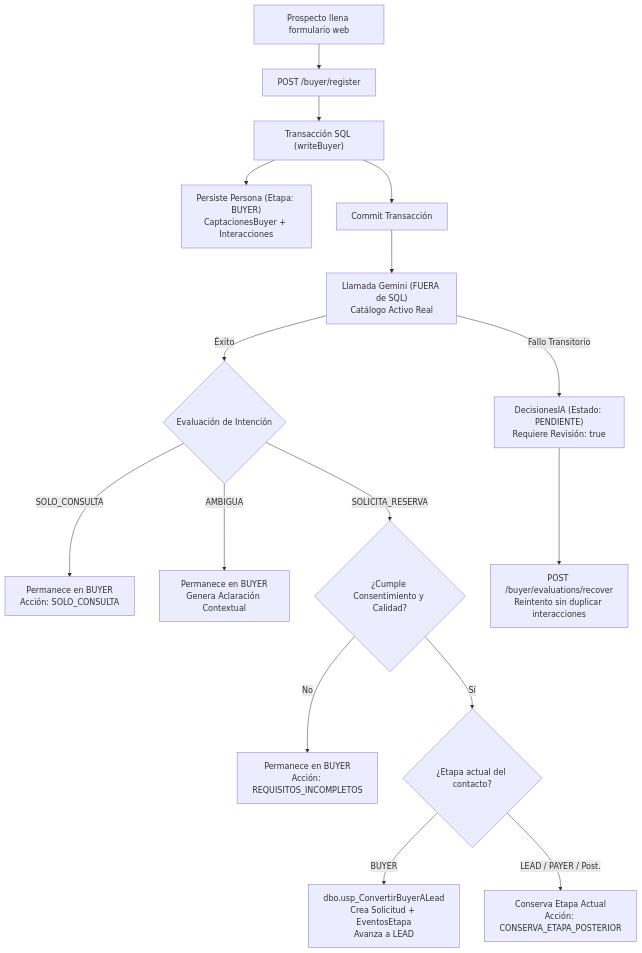
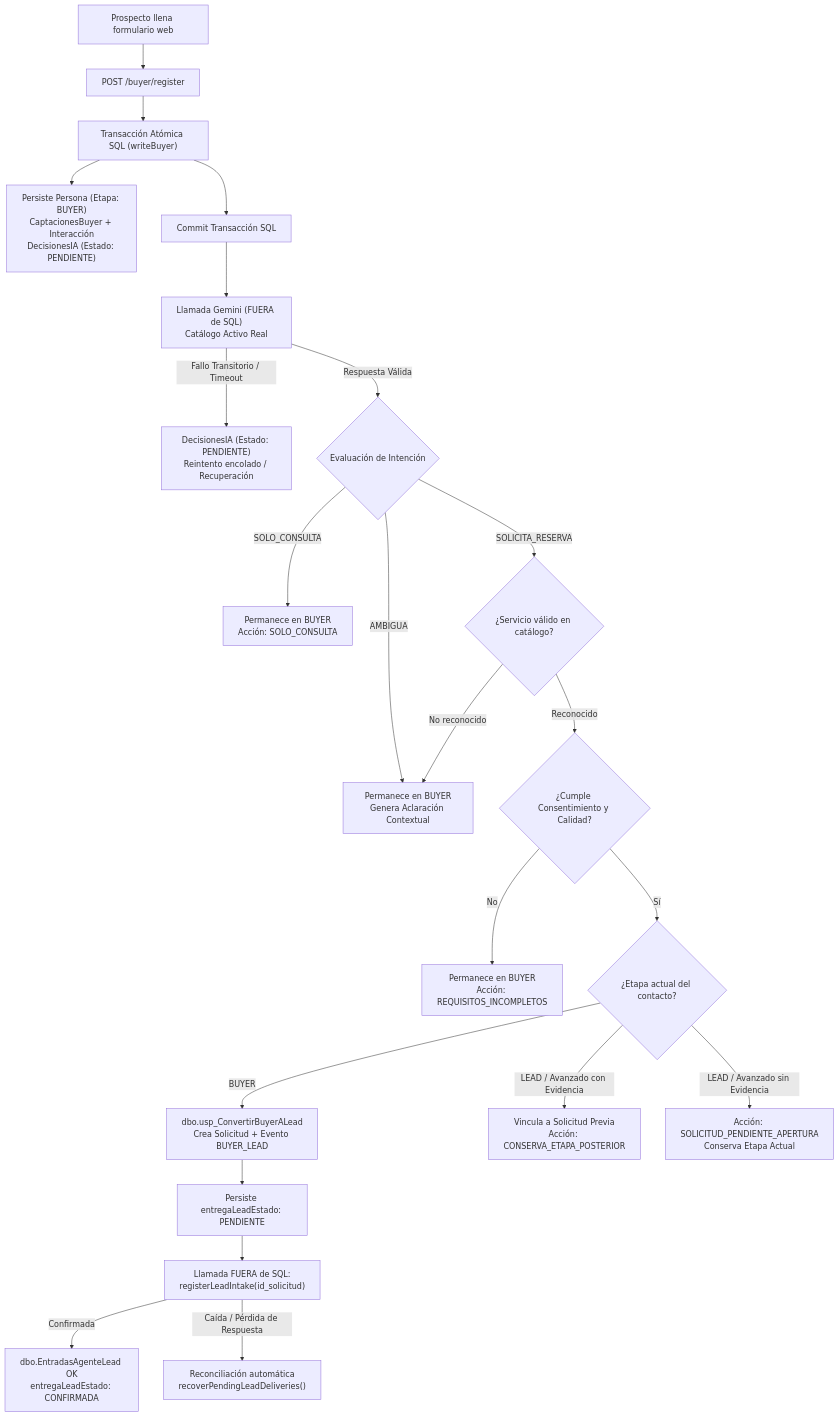
The diagram in docs/agentes/ENTREGA_AGENTE_BUYER.md (tommy260803/Proyecto-IN-Odontolog-a-), drawn with Mermaid before and after one commit. The commit also changed other lines of this file and 13 other files, not shown here.

Commit message:
feat(buyer): adapta integracion con contrato LEAD, desacoplamiento y aclaraciones

````diff
--- a/docs/agentes/ENTREGA_AGENTE_BUYER.md
+++ b/docs/agentes/ENTREGA_AGENTE_BUYER.md
@@ -43,22 +63,29 @@
 ```mermaid
 flowchart TD
     A["Prospecto llena formulario web"] --> B["POST /buyer/register"]
-    B --> C["Transacción SQL (writeBuyer)"]
-    C --> D["Persiste Persona (Etapa: BUYER)<br/>CaptacionesBuyer + Interacciones"]
-    C --> E["Commit Transacción"]
+    B --> C["Transacción Atómica SQL (writeBuyer)"]
+    C --> D["Persiste Persona (Etapa: BUYER)<br/>CaptacionesBuyer + Interacción<br/>DecisionesIA (Estado: PENDIENTE)"]
+    C --> E["Commit Transacción SQL"]
     E --> F["Llamada Gemini (FUERA de SQL)<br/>Catálogo Activo Real"]
-    F -->|Éxito| G{"Evaluación de Intención"}
-    F -->|Fallo Transitorio| H["DecisionesIA (Estado: PENDIENTE)<br/>Requiere Revisión: true"]
+    F -->|Fallo Transitorio / Timeout| G["DecisionesIA (Estado: PENDIENTE)<br/>Reintento encolado / Recuperación"]
+    F -->|Respuesta Válida| H{"Evaluación de Intención"}
     
-    G -->|SOLO_CONSULTA| I["Permanece en BUYER<br/>Acción: SOLO_CONSULTA"]
-    G -->|AMBIGUA| J["Permanece en BUYER<br/>Genera Aclaración Contextual"]
-    G -->|SOLICITA_RESERVA| K{"¿Cumple Consentimiento y Calidad?"}
+    H -->|SOLO_CONSULTA| I["Permanece en BUYER<br/>Acción: SOLO_CONSULTA"]
+    H -->|AMBIGUA| J["Permanece en BUYER<br/>Genera Aclaración Contextual"]
+    H -->|SOLICITA_RESERVA| K{"¿Servicio válido en catálogo?"}
     
-    K -->|No| L["Permanece en BUYER<br/>Acción: REQUISITOS_INCOMPLETOS"]
-    K -->|Sí| M{"¿Etapa actual del contacto?"}
+    K -->|No reconocido| J
+    K -->|Reconocido| L{"¿Cumple Consentimiento y Calidad?"}
     
-    M -->|BUYER| N["dbo.usp_ConvertirBuyerALead<br/>Crea Solicitud + EventosEtapa<br/>Avanza a LEAD"]
-    M -->|LEAD / PAYER / Post.| O["Conserva Etapa Actual<br/>Acción: CONSERVA_ETAPA_POSTERIOR"]
+    L -->|No| M["Permanece en BUYER<br/>Acción: REQUISITOS_INCOMPLETOS"]
+    L -->|Sí| N{"¿Etapa actual del contacto?"}
     
-    H --> P["POST /buyer/evaluations/recover<br/>Reintento sin duplicar interacciones"]
+    N -->|BUYER| O["dbo.usp_ConvertirBuyerALead<br/>Crea Solicitud + Evento BUYER_LEAD"]
+    N -->|LEAD / Avanzado con Evidencia| P["Vincula a Solicitud Previa<br/>Acción: CONSERVA_ETAPA_POSTERIOR"]
+    N -->|LEAD / Avanzado sin Evidencia| Q["Acción: SOLICITUD_PENDIENTE_APERTURA<br/>Conserva Etapa Actual"]
+    
+    O --> R["Persiste entregaLeadEstado: PENDIENTE"]
+    R --> S["Llamada FUERA de SQL:<br/>registerLeadIntake(id_solicitud)"]
+    S -->|Confirmada| T["dbo.EntradasAgenteLead OK<br/>entregaLeadEstado: CONFIRMADA"]
+    S -->|Caída / Pérdida de Respuesta| U["Reconciliación automática<br/>recoverPendingLeadDeliveries()"]
 ```
````
